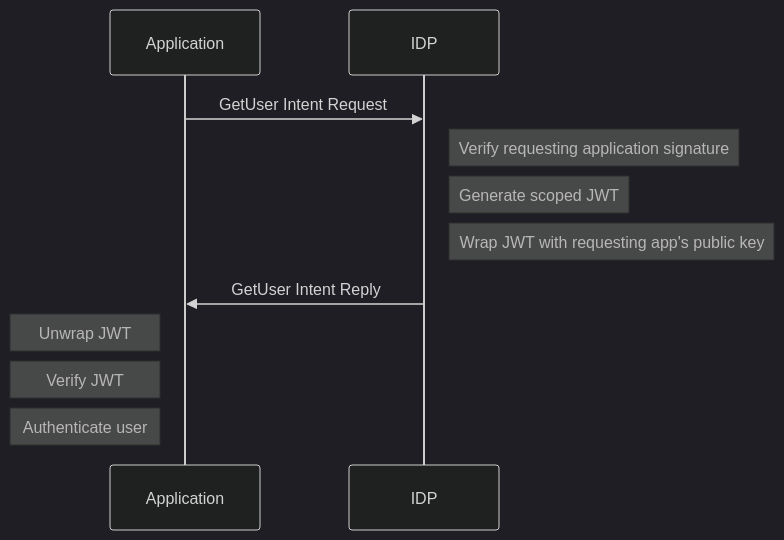
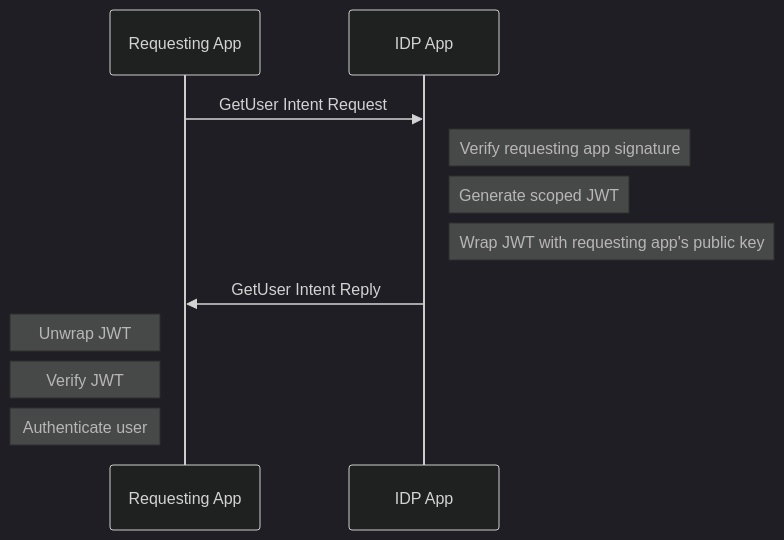
The third of 3 diagrams in website/docs/api/security.md (finos/FDC3), drawn with Mermaid (dark theme) before and after one commit. The commit also changed other lines of this file and 1 other file, not shown here.

Commit message:
IDP -> IDP App

````diff
--- a/website/docs/api/security.md
+++ b/website/docs/api/security.md
@@ -405,13 +405,13 @@
 ```mermaid
 sequenceDiagram
-    participant Application
-    participant IDP
-    Application->>IDP: GetUser Intent Request
-    note right of IDP: Verify requesting application signature
-    note right of IDP: Generate scoped JWT
-    note right of IDP: Wrap JWT with requesting app's public key
-    IDP->>Application: GetUser Intent Reply
-    note left of Application: Unwrap JWT
-    note left of Application: Verify JWT
-    note left of Application: Authenticate user
+    participant Requesting App
+    participant IDP App
+    Requesting App->>IDP App: GetUser Intent Request
+    note right of IDP App: Verify requesting app signature
+    note right of IDP App: Generate scoped JWT
+    note right of IDP App: Wrap JWT with requesting app's public key
+    IDP App->>Requesting App: GetUser Intent Reply
+    note left of Requesting App: Unwrap JWT
+    note left of Requesting App: Verify JWT
+    note left of Requesting App: Authenticate user
 ```
````
